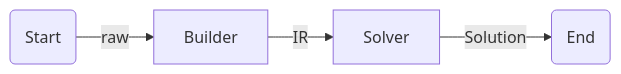
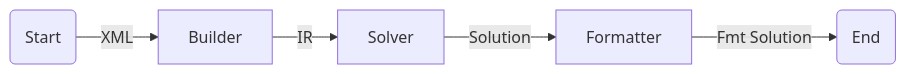
One commit to AntoineSebert/scheduling-solver changed the diagram in README.md. Above: the diagram before and after it, drawn with Mermaid. The commit also changed other lines of this file, not shown here.

````diff
--- a/README.md
+++ b/README.md
@@ -117,6 +145,7 @@
 ```mermaid
 graph LR
-Start(Start) -->|raw| Builder
+Start(Start) -->|XML| Builder
 Builder -->|IR| Solver
-Solver -->|Solution| End(End)
+Solver -->|Solution| Formatter
+Formatter -->|Fmt Solution| End(End)
 ```
````
